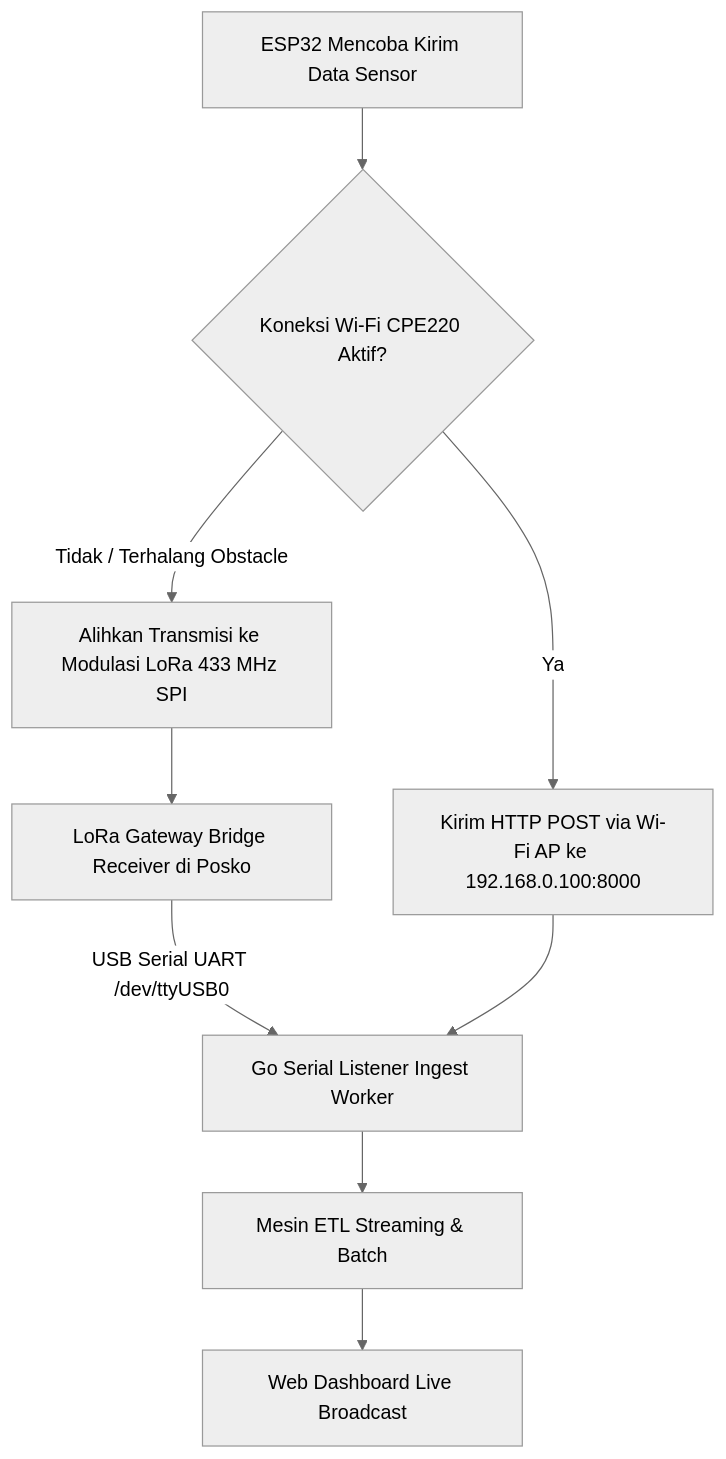
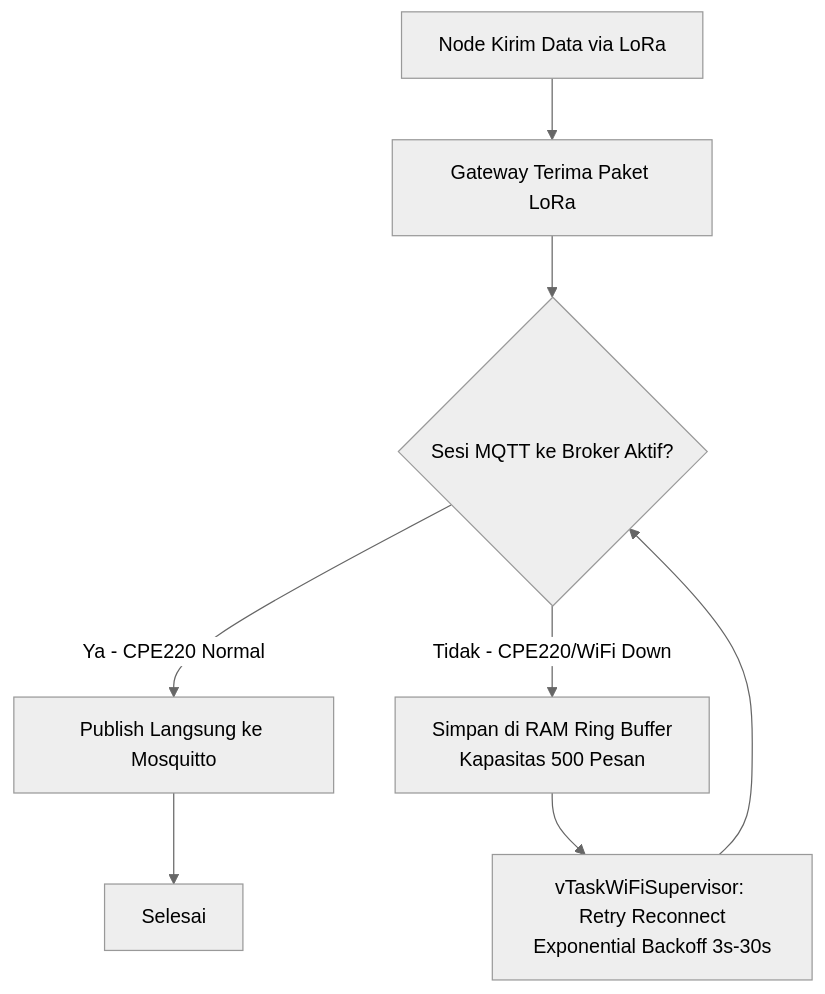
The third of 3 diagrams in docs/architecture/04_GATEWAY_ROUTER_NETWORK_PIPELINE.md (DHard4114/DESPRO-4), drawn with Mermaid (neutral theme) before and after one commit. The commit also changed other lines of this file and 10 other files, not shown here.

````diff
--- a/docs/architecture/04_GATEWAY_ROUTER_NETWORK_PIPELINE.md
+++ b/docs/architecture/04_GATEWAY_ROUTER_NETWORK_PIPELINE.md
@@ -134,14 +114,10 @@
 ```mermaid
 flowchart TD
-    Start[ESP32 Mencoba Kirim Data Sensor] --> TestWiFi{Koneksi Wi-Fi CPE220 Aktif?}
-    
-    TestWiFi -->|Ya| PathWiFi[Kirim HTTP POST via Wi-Fi AP ke 192.168.0.100:8000]
-    TestWiFi -->|Tidak / Terhalang Obstacle| PathLoRa[Alihkan Transmisi ke Modulasi LoRa 433 MHz SPI]
-    
-    PathLoRa --> LoRaGW[LoRa Gateway Bridge Receiver di Posko]
-    LoRaGW -->|USB Serial UART /dev/ttyUSB0| ServerGo[Go Serial Listener Ingest Worker]
-    
-    PathWiFi --> ServerGo
-    ServerGo --> Pipeline[Mesin ETL Streaming & Batch]
-    Pipeline --> LiveUI[Web Dashboard Live Broadcast]
+    Start[Node Kirim Data via LoRa] --> GWReceive[Gateway Terima Paket LoRa]
+    GWReceive --> CheckLink{Sesi MQTT ke Broker Aktif?}
+    CheckLink -->|Ya - CPE220 Normal| PublishDirect[Publish Langsung ke Mosquitto]
+    CheckLink -->|Tidak - CPE220/WiFi Down| LocalBuffer[Simpan di RAM Ring Buffer<br>Kapasitas 500 Pesan]
+    LocalBuffer --> Retry[vTaskWiFiSupervisor: Retry Reconnect<br>Exponential Backoff 3s-30s]
+    Retry --> CheckLink
+    PublishDirect --> Done[Selesai]
 ```
````
